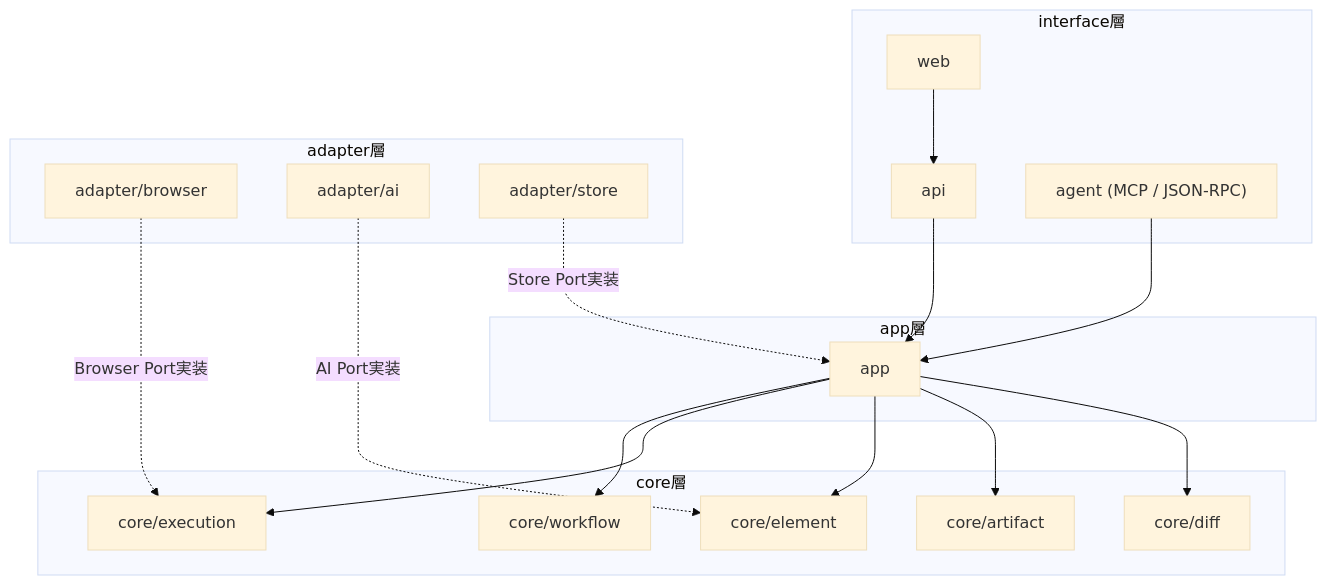
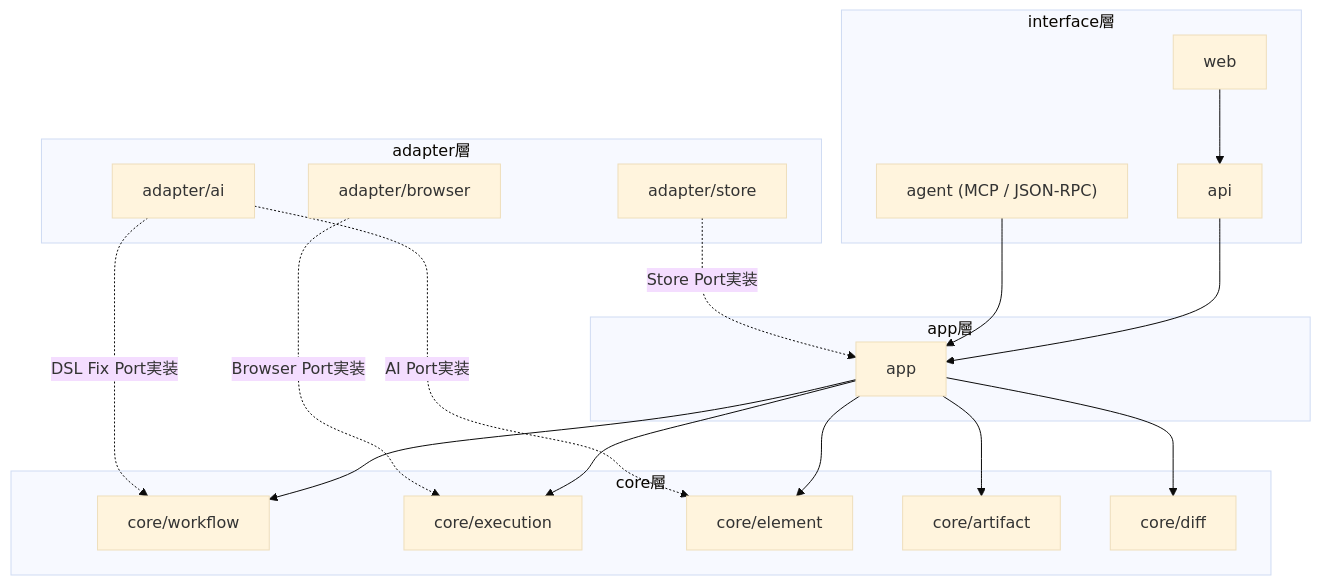
One commit to Fukuemon/screen-contract changed the third of 3 diagrams in design/DesignDoc.md. Above: the diagram before and after it, drawn with Mermaid (base theme). The commit also changed other lines of this file and 4 other files, not shown here.

````diff
--- a/design/DesignDoc.md
+++ b/design/DesignDoc.md
@@ -274,33 +274,34 @@
 ```mermaid
 flowchart TD
     subgraph interface層
         web["web"]
         api["api"]
         agent["agent (MCP / JSON-RPC)"]
     end
     subgraph app層
         app["app"]
     end
     subgraph core層
         wf["core/workflow"]
         exec["core/execution"]
         elem["core/element"]
         art["core/artifact"]
         diff["core/diff"]
     end
     subgraph adapter層
         browser["adapter/browser"]
         ai["adapter/ai"]
         store["adapter/store"]
     end
     web --> api --> app
     agent --> app
     app --> wf
     app --> exec
     app --> elem
     app --> art
     app --> diff
     browser -. "Browser Port実装" .-> exec
     ai -. "AI Port実装" .-> elem
+    ai -. "DSL Fix Port実装" .-> wf
     store -. "Store Port実装" .-> app
 ```
````
